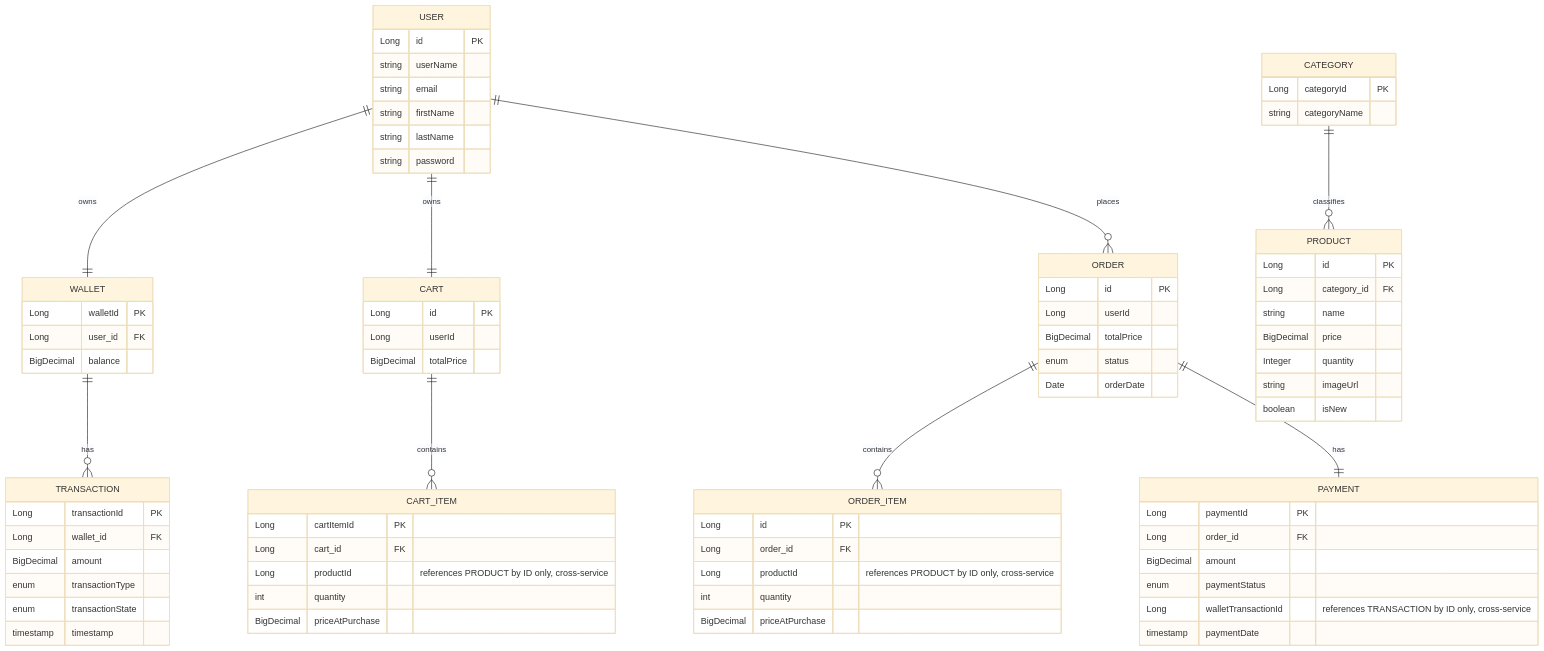
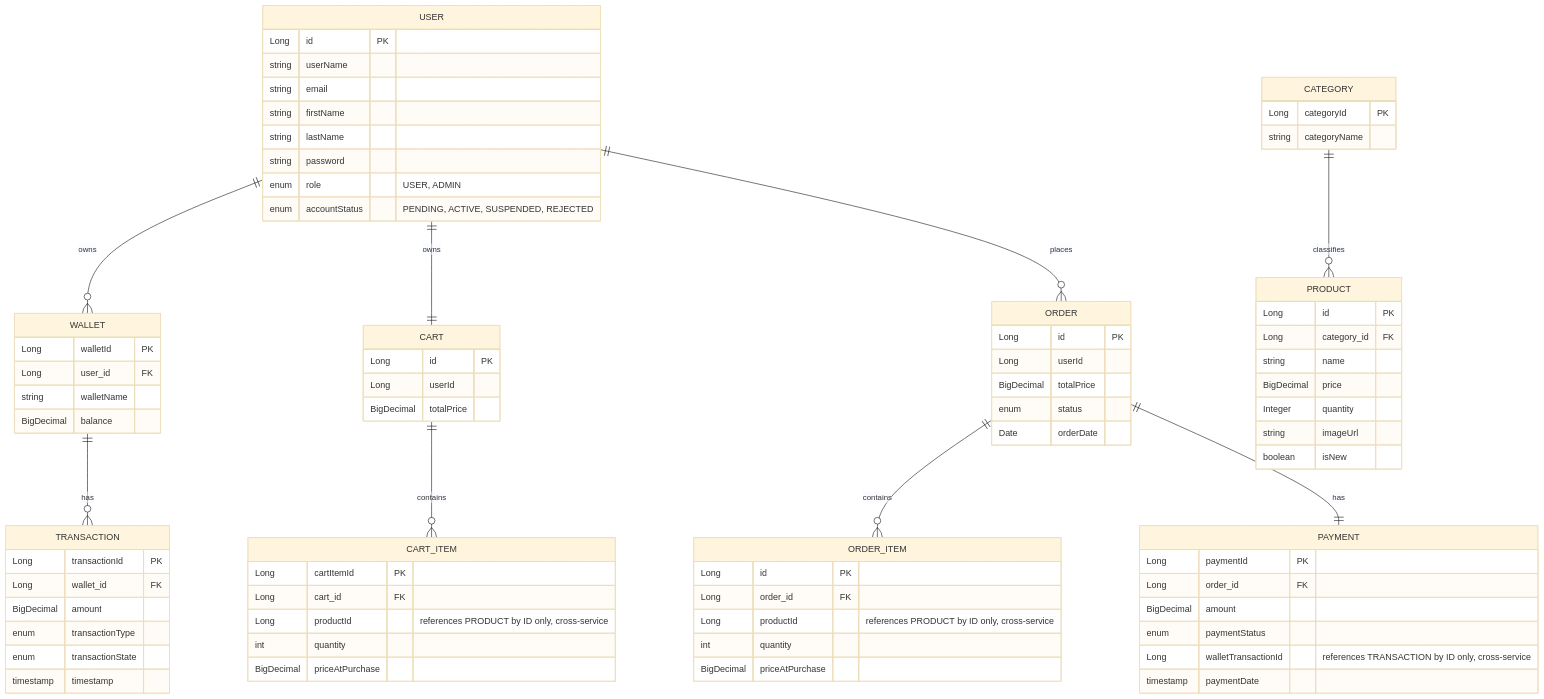
Before and after one commit to MazenEwiss/e-commerce: the diagram in postman-testing-guide.md, drawn with Mermaid (base theme). The commit also changed other lines of this file and 32 other files, not shown here.

First line of the commit message:
feat: Refactor shop and wallet services to improve API endpoints and add user role and account status management

````diff
--- a/postman-testing-guide.md
+++ b/postman-testing-guide.md
@@ -209,6 +263,6 @@
 ```mermaid
 erDiagram
-    USER ||--|| WALLET : owns
+    USER ||--o{ WALLET : owns
     WALLET ||--o{ TRANSACTION : has
     USER ||--|| CART : owns
     USER ||--o{ ORDER : places
@@ -224,10 +278,13 @@
         string firstName
         string lastName
         string password
+        enum role "USER, ADMIN"
+        enum accountStatus "PENDING, ACTIVE, SUSPENDED, REJECTED"
     }
     WALLET {
         Long walletId PK
         Long user_id FK
+        string walletName
         BigDecimal balance
     }
     TRANSACTION {
````
